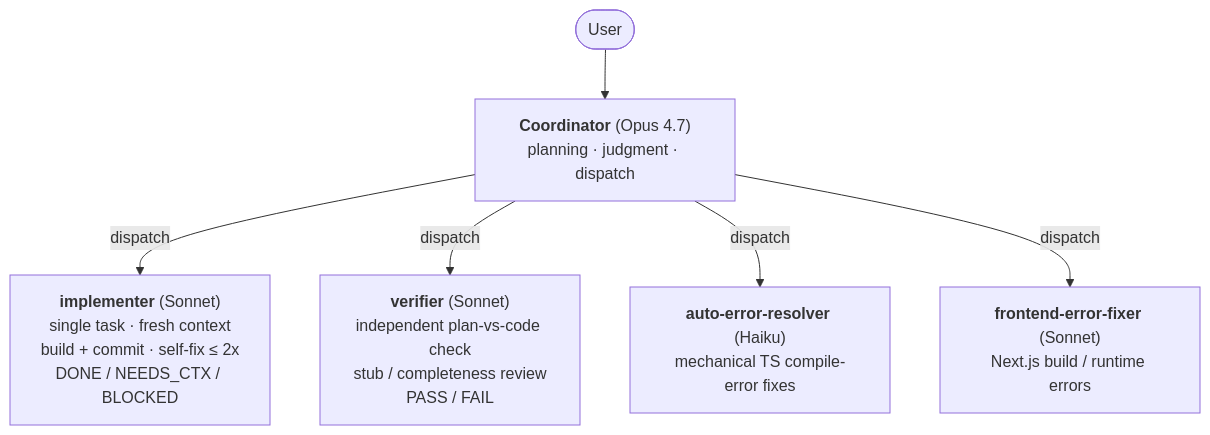
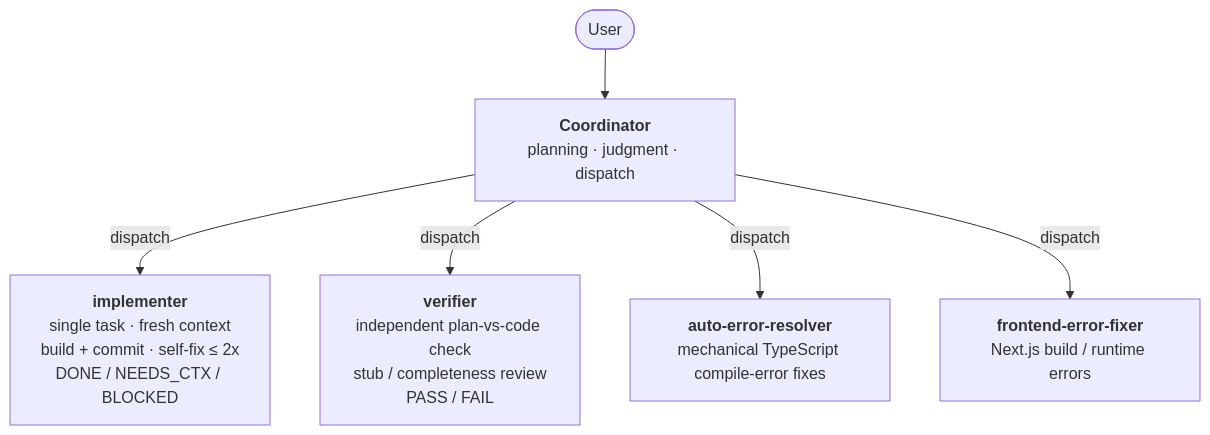
One commit to Seungwook-Cho/my-small-harness changed the first of 2 diagrams in README.en.md. Above: the diagram before and after it, drawn with Mermaid. The commit also changed other lines of this file and 1 other file, not shown here.

````diff
--- a/README.en.md
+++ b/README.en.md
@@ -59,15 +59,15 @@
 ```mermaid
 flowchart TD
     User([User])
-    Coord["<b>Coordinator</b> (Opus 4.7)<br/>planning · judgment · dispatch"]
-    Imp["<b>implementer</b> (Sonnet)<br/>single task · fresh context<br/>build + commit · self-fix ≤ 2x<br/>DONE / NEEDS_CTX / BLOCKED"]
-    Ver["<b>verifier</b> (Sonnet)<br/>independent plan-vs-code check<br/>stub / completeness review<br/>PASS / FAIL"]
-    AER["<b>auto-error-resolver</b> (Haiku)<br/>mechanical TS compile-error fixes"]
-    FEF["<b>frontend-error-fixer</b> (Sonnet)<br/>Next.js build / runtime errors"]
+    Coord["<b>Coordinator</b><br/>planning · judgment · dispatch"]
+    Imp["<b>implementer</b><br/>single task · fresh context<br/>build + commit · self-fix ≤ 2x<br/>DONE / NEEDS_CTX / BLOCKED"]
+    Ver["<b>verifier</b><br/>independent plan-vs-code check<br/>stub / completeness review<br/>PASS / FAIL"]
+    AER["<b>auto-error-resolver</b><br/>mechanical TypeScript compile-error fixes"]
+    FEF["<b>frontend-error-fixer</b><br/>Next.js build / runtime errors"]
 
     User --> Coord
     Coord -- dispatch --> Imp
     Coord -- dispatch --> Ver
     Coord -- dispatch --> AER
     Coord -- dispatch --> FEF
 ```
````
